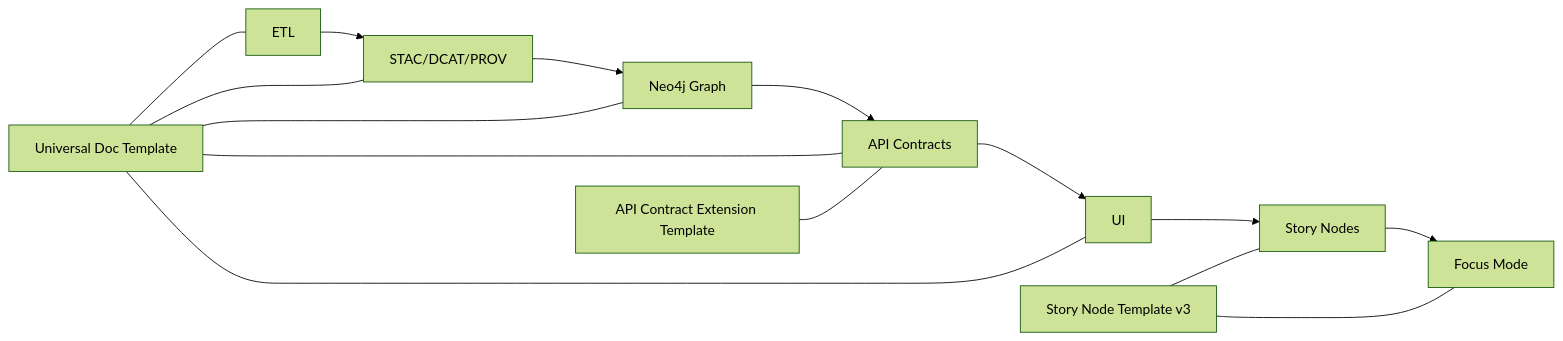
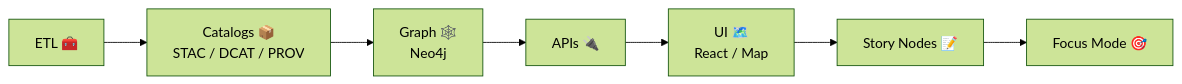
Before and after one commit to bartytime4life/Kansas-Frontier-Matrix: the diagram in docs/templates/README.md, drawn with Mermaid (forest theme). The commit also changed other lines of this file, not shown here.

````diff
--- a/docs/templates/README.md
+++ b/docs/templates/README.md
@@ -153,20 +160,9 @@
-~~~mermaid
+```mermaid
 flowchart LR
-  A[ETL] --> B[STAC/DCAT/PROV]
-  B --> C[Neo4j Graph]
-  C --> D[API Contracts]
-  D --> E[UI]
-  E --> F[Story Nodes]
-  F --> G[Focus Mode]
-
-  T1["Universal Doc Template"] --- A
-  T1 --- B
-  T1 --- C
-  T1 --- D
-  T1 --- E
-
-  T2["Story Node Template v3"] --- F
-  T2 --- G
-
-  T3["API Contract Extension Template"] --- D
-~~~
+  A[ETL 🧰] --> B[Catalogs 📦<br/>STAC / DCAT / PROV]
+  B --> C[Graph 🕸️<br/>Neo4j]
+  C --> D[APIs 🔌]
+  D --> E[UI 🗺️<br/>React / Map]
+  E --> F[Story Nodes 📝]
+  F --> G[Focus Mode 🎯]
+```
````
